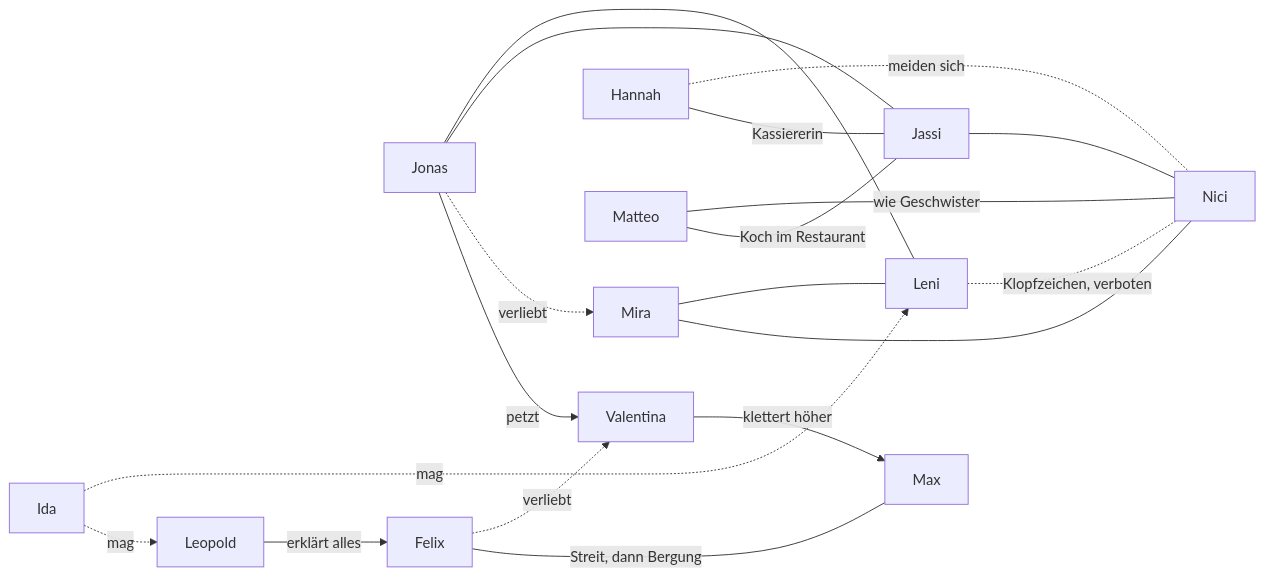
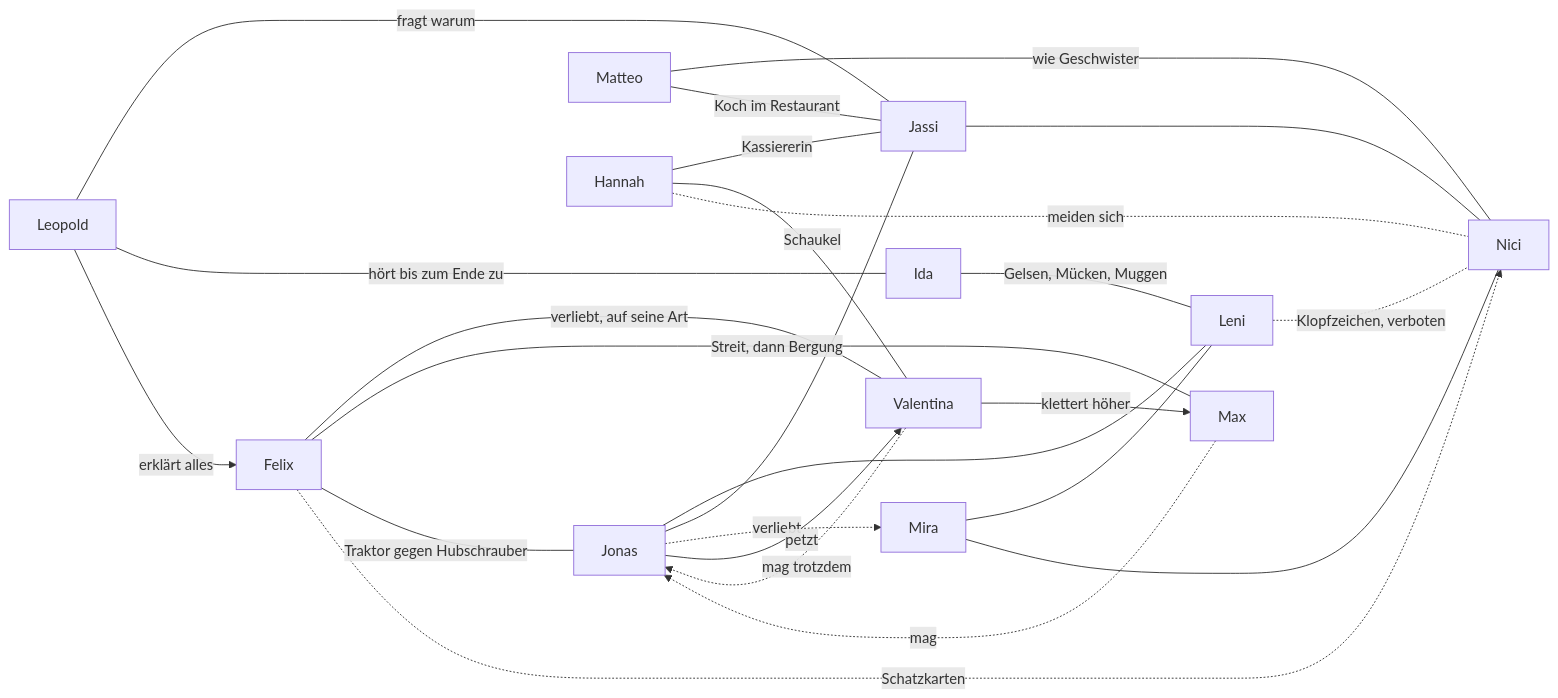
The sixth of 7 diagrams in IT/Lo im Kindergarten/Dossiers/Beziehungsnetz.md (DanielJMoser/ObsidianVault), drawn with Mermaid before and after one commit. The commit also changed other lines of this file and 12 other files, not shown here.

````diff
--- a/IT/Lo im Kindergarten/Dossiers/Beziehungsnetz.md
+++ b/IT/Lo im Kindergarten/Dossiers/Beziehungsnetz.md
@@ -133,22 +135,28 @@
 ```mermaid
 flowchart LR
   Mira --- Leni
   Mira --- Nici
   Jonas --- Leni
   Jonas --- Jassi
   Jassi --- Nici
-  Jonas -. verliebt .-> Mira
-  Felix -. verliebt .-> Valentina
-  Leni -. Klopfzeichen, verboten .- Nici
-  Hannah -. meiden sich .- Nici
   Matteo ---|wie Geschwister| Nici
   Matteo ---|Koch im Restaurant| Jassi
   Hannah ---|Kassiererin| Jassi
-  Ida -. mag .-> Leni
-  Ida -. mag .-> Leopold
+  Hannah ---|Schaukel| Valentina
+  Felix ---|verliebt, auf seine Art| Valentina
   Felix ---|Streit, dann Bergung| Max
+  Felix ---|Traktor gegen Hubschrauber| Jonas
+  Leopold ---|fragt warum| Jassi
+  Leopold ---|hört bis zum Ende zu| Ida
+  Ida ---|Gelsen, Mücken, Muggen| Leni
+  Jonas -. verliebt .-> Mira
+  Valentina -. mag trotzdem .-> Jonas
+  Max -. mag .-> Jonas
+  Felix -. Schatzkarten .-> Nici
+  Leni -. Klopfzeichen, verboten .- Nici
+  Hannah -. meiden sich .- Nici
   Valentina -->|klettert höher| Max
   Jonas -->|petzt| Valentina
   Leopold -->|erklärt alles| Felix
   class Mira,Leni,Nici,Jonas,Jassi,Felix,Valentina,Hannah,Matteo,Ida,Max,Leopold internal-link;
 ```
````
